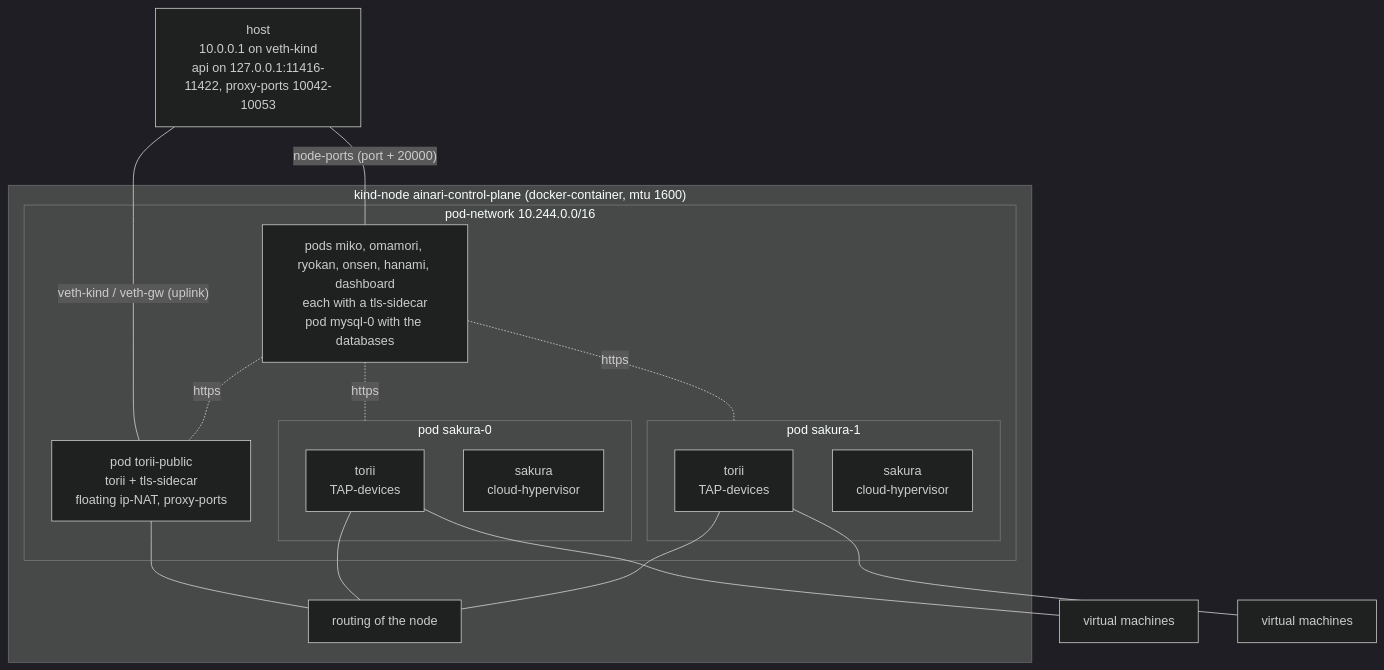
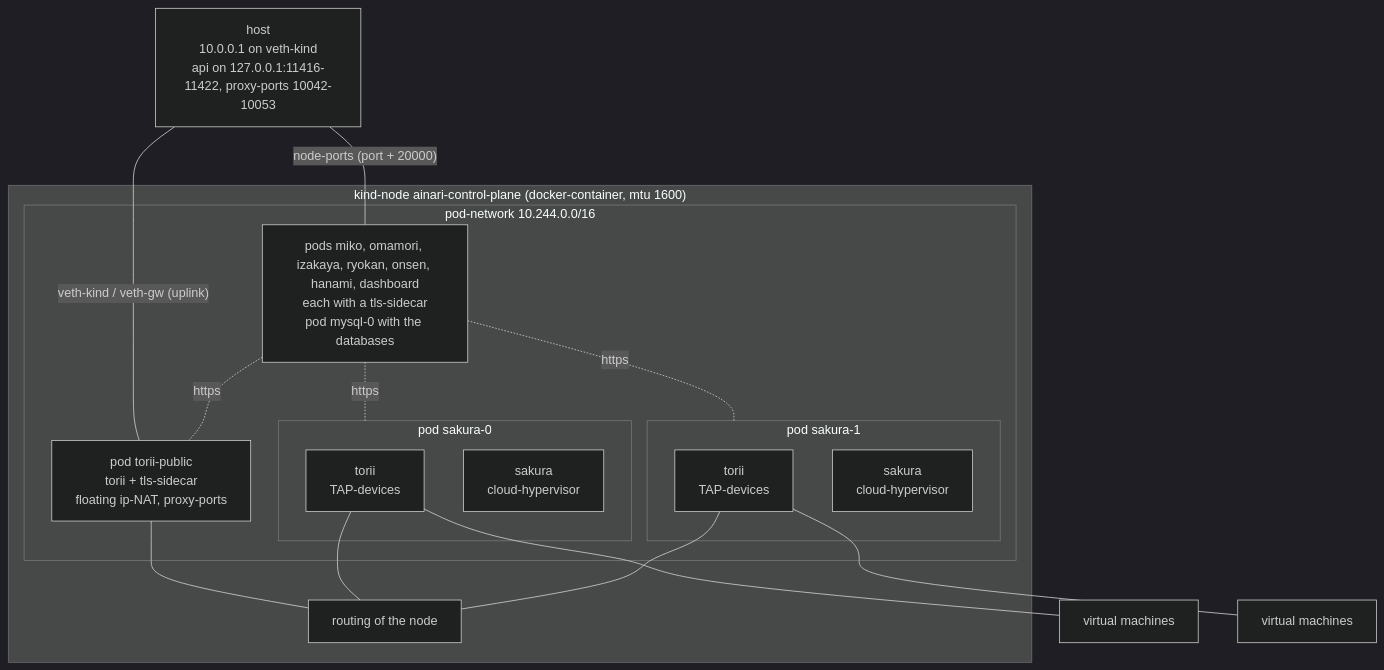
Before and after one commit to kitsudaiki/ainari: the diagram in docs/developer/local_testing/kind_setup.md, drawn with Mermaid (dark theme). The commit also changed other lines of this file and 25 other files, not shown here.

````diff
--- a/docs/developer/local_testing/kind_setup.md
+++ b/docs/developer/local_testing/kind_setup.md
@@ -15,31 +15,31 @@
 ```mermaid
 flowchart TB
     host["host<br/>10.0.0.1 on veth-kind<br/>api on 127.0.0.1:11416-11422, proxy-ports 10042-10053"]
 
     subgraph node["kind-node ainari-control-plane (docker-container, mtu 1600)"]
         subgraph pods["pod-network 10.244.0.0/16"]
             public["pod torii-public<br/>torii + tls-sidecar<br/>floating ip-NAT, proxy-ports"]
-            control["pods miko, omamori, ryokan, onsen, hanami, dashboard<br/>each with a tls-sidecar<br/>pod mysql-0 with the databases"]
+            control["pods miko, omamori, izakaya, ryokan, onsen, hanami, dashboard<br/>each with a tls-sidecar<br/>pod mysql-0 with the databases"]
             subgraph s0["pod sakura-0"]
                 vmm0["torii<br/>TAP-devices"]
                 sak0["sakura<br/>cloud-hypervisor"]
             end
             subgraph s1["pod sakura-1"]
                 vmm1["torii<br/>TAP-devices"]
                 sak1["sakura<br/>cloud-hypervisor"]
             end
         end
         router["routing of the node"]
     end
 
     host -- "veth-kind / veth-gw (uplink)" --- public
     host -- "node-ports (port + 20000)" --- control
     public --- router
     vmm0 --- router
     vmm1 --- router
     vmm0 --- vm0["virtual machines"]
     vmm1 --- vm1["virtual machines"]
     control -. "https" .- public
     control -. "https" .- s0
     control -. "https" .- s1
 ```
````
